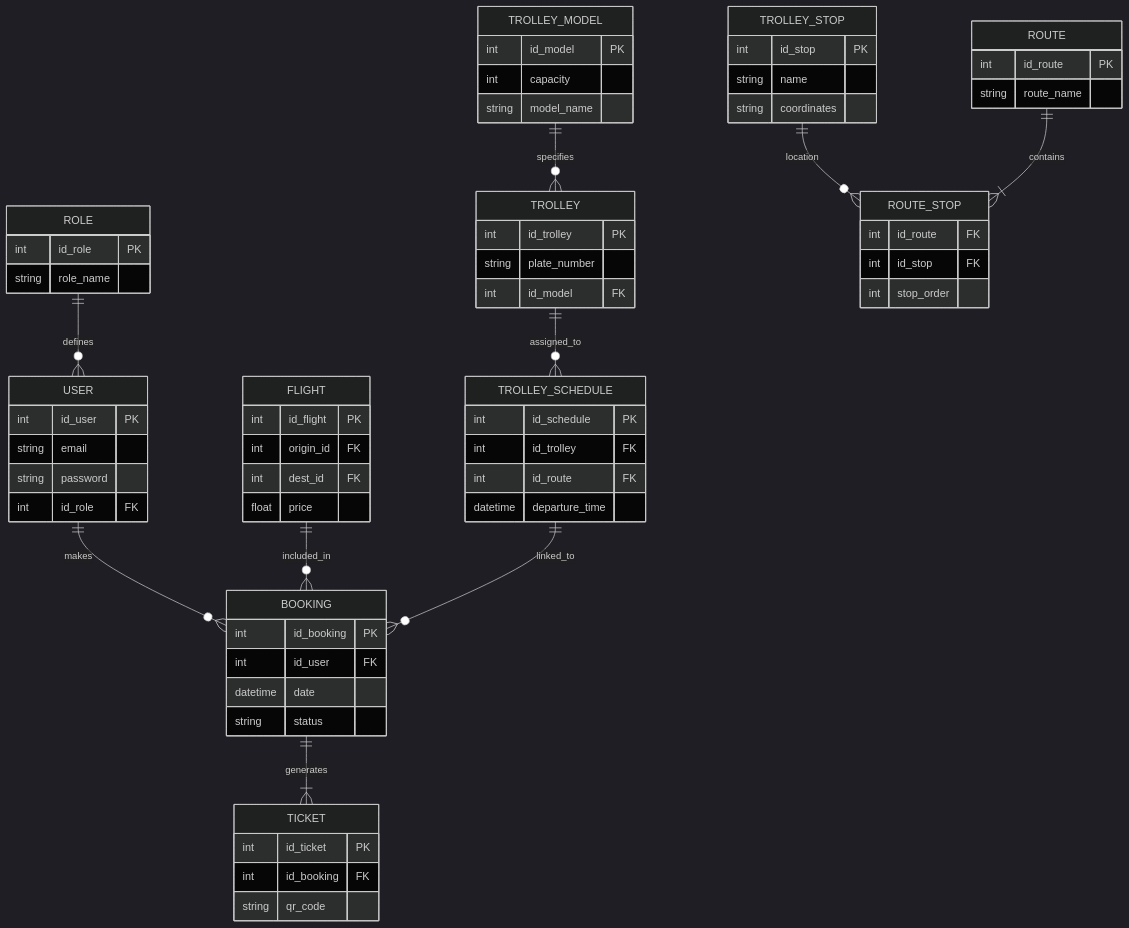
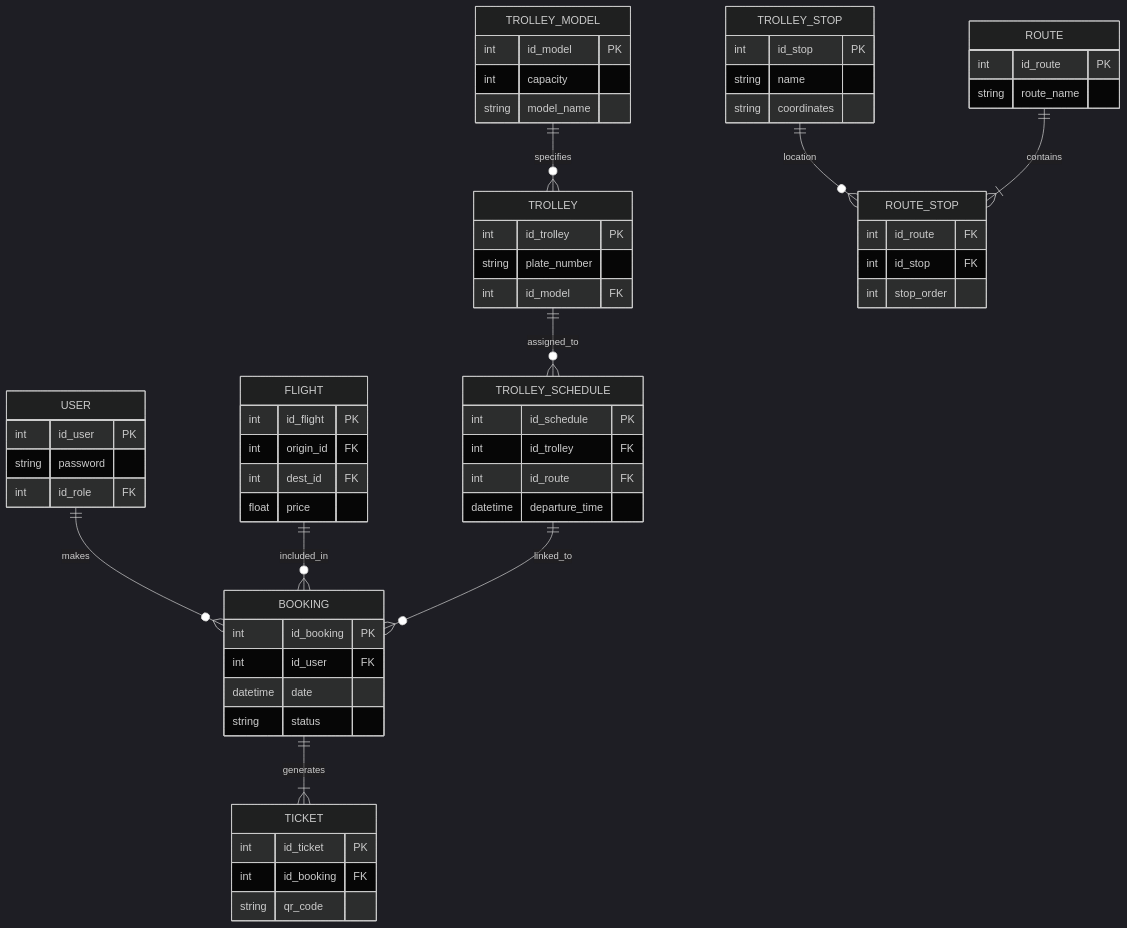
Before and after one commit to daniellopezcabrera/cbtis47-db-turismo-2026: the diagram in docs/normalization_report.mmd, drawn with Mermaid (dark theme).

Commit message:
Refactor USER entity by removing email and ROLE
Removed email and role definitions from USER and ROLE entities.

```diff
--- a/docs/normalization_report.mmd
+++ b/docs/normalization_report.mmd
@@ -1,77 +1,70 @@
 erDiagram
     USER ||--o{ BOOKING : makes
     USER {
         int id_user PK
-        string email
         string password
         int id_role FK
-    }
-
-    ROLE ||--o{ USER : defines
-    ROLE {
-        int id_role PK
-        string role_name
     }
 
     FLIGHT ||--o{ BOOKING : included_in
     FLIGHT {
         int id_flight PK
         int origin_id FK
         int dest_id FK
         float price
     }
 
     BOOKING ||--|{ TICKET : generates
     BOOKING {
         int id_booking PK
         int id_user FK
         datetime date
         string status
     }
 
     TICKET {
         int id_ticket PK
         int id_booking FK
         string qr_code
     }
 
     TROLLEY ||--o{ TROLLEY_SCHEDULE : assigned_to
     TROLLEY {
         int id_trolley PK
         string plate_number
         int id_model FK
     }
 
     TROLLEY_MODEL ||--o{ TROLLEY : specifies
     TROLLEY_MODEL {
         int id_model PK
         int capacity
         string model_name
     }
 
     TROLLEY_STOP ||--o{ ROUTE_STOP : location
     TROLLEY_STOP {
         int id_stop PK
         string name
         string coordinates
     }
 
     ROUTE ||--|{ ROUTE_STOP : contains
     ROUTE {
         int id_route PK
         string route_name
     }
 
     ROUTE_STOP {
         int id_route FK
         int id_stop FK
         int stop_order
     }
 
     TROLLEY_SCHEDULE ||--o{ BOOKING : linked_to
     TROLLEY_SCHEDULE {
         int id_schedule PK
         int id_trolley FK
         int id_route FK
         datetime departure_time
     }
```
